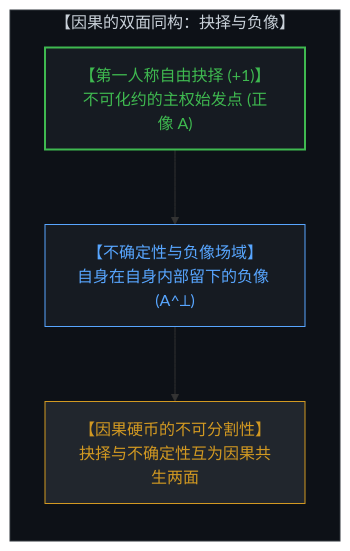
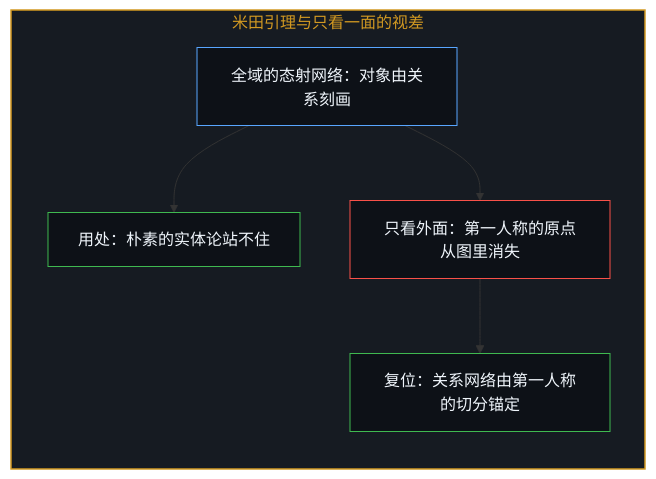
Before and after one commit to powerpig99/not-a-toe: the third of 18 diagrams in content/posts/the-geometry-of-coexistence-and-the-dual-cut.md, drawn with Mermaid. The commit also changed other lines of this file and 2 other files, not shown here.

Commit message:
Refine the-geometry-of-coexistence-and-the-dual-cut: alternating bilingual layout, nine paired diagrams, institutions given their use, the observed and the inferred other, implicit first person

````diff
--- a/content/posts/the-geometry-of-coexistence-and-the-dual-cut.md
+++ b/content/posts/the-geometry-of-coexistence-and-the-dual-cut.md
@@ -85,15 +61,19 @@
 ```mermaid
-graph TD
-    subgraph CausalCoin["【因果的双面同构：抉择与负像】"]
+flowchart TD
+    subgraph S_Yoneda["米田引理与只看一面的视差"]
         direction TB
-        SovereignChoice["【第一人称自由抉择 (+1)】<br>不可化约的主权始发点 (正像 A)"]
-        OpenIndeterminism["【不确定性与负像场域】<br>自身在自身内部留下的负像 (A^⟂)"]
-        UnifiedCausality["【因果硬币的不可分割性】<br>抉择与不确定性互为因果共生两面"]
-        SovereignChoice --> OpenIndeterminism
-        OpenIndeterminism --> UnifiedCausality
+        Net["全域的态射网络：对象由关系刻画"]
+        Use["用处：朴素的实体论站不住"]
+        Bias["只看外面：第一人称的原点从图里消失"]
+        Anchor["复位：关系网络由第一人称的切分锚定"]
+        Net --> Use
+        Net --> Bias
+        Bias --> Anchor
     end
-    style CausalCoin fill:#0d1117,stroke:#30363d,stroke-width:1px,color:#c9d1d9
-    style SovereignChoice fill:#161b22,stroke:#3fb950,stroke-width:2px,color:#3fb950
-    style OpenIndeterminism fill:#161b22,stroke:#58a6ff,stroke-width:1px,color:#58a6ff
-    style UnifiedCausality fill:#21262d,stroke:#d29922,stroke-width:1px,color:#d29922
+
+    style S_Yoneda fill:#161b22,stroke:#d29922,stroke-width:1.5px,color:#d29922
+    style Net fill:#0d1117,stroke:#58a6ff,stroke-width:1px,color:#f0f6fc
+    style Use fill:#0d1117,stroke:#3fb950,stroke-width:1px,color:#f0f6fc
+    style Bias fill:#0d1117,stroke:#f85149,stroke-width:1px,color:#f0f6fc
+    style Anchor fill:#0d1117,stroke:#3fb950,stroke-width:1px,color:#f0f6fc
 ```
````
